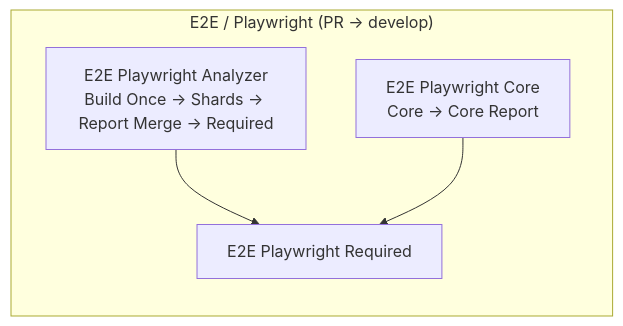
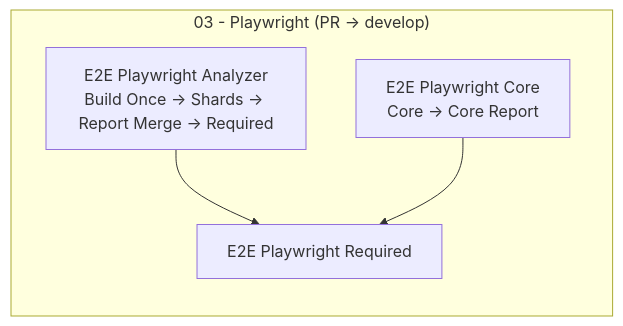
One commit to DIGI-UW/OpenELIS-Global-2 changed the diagram in docs/analyzers/playwright-ci-stabilization.md. Above: the diagram before and after it, drawn with Mermaid. The commit also changed other lines of this file and 10 other files, not shown here.

````diff
--- a/docs/analyzers/playwright-ci-stabilization.md
+++ b/docs/analyzers/playwright-ci-stabilization.md
@@ -29,10 +29,10 @@
 ```mermaid
 flowchart LR
-  subgraph pr["E2E / Playwright (PR → develop)"]
+  subgraph pr["03 - Playwright (PR → develop)"]
     H[E2E Playwright Analyzer<br/>Build Once → Shards → Report Merge → Required]
     C[E2E Playwright Core<br/>Core → Core Report]
     G[E2E Playwright Required]
     H --> G
     C --> G
   end
 ```
````
